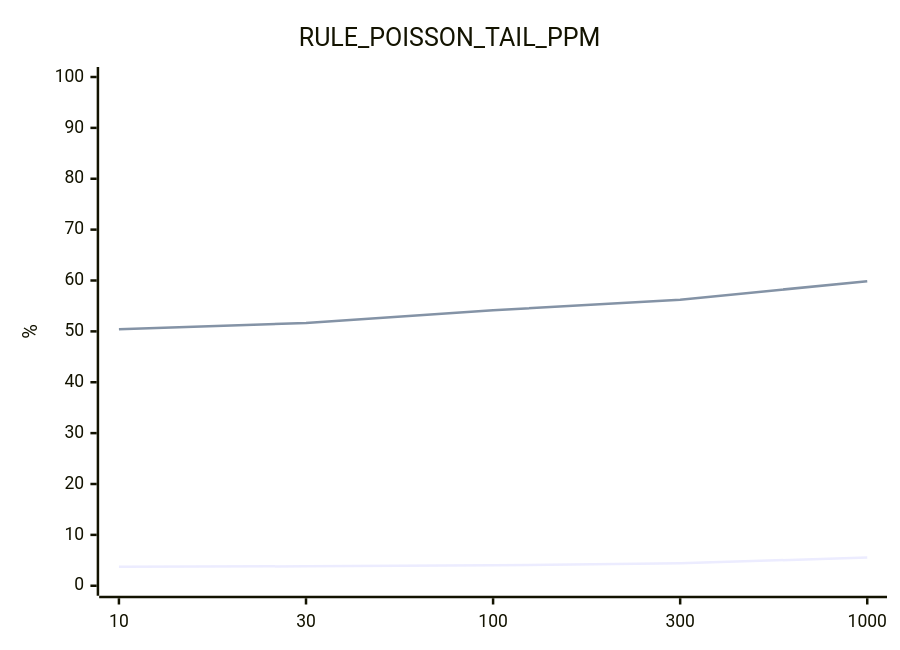
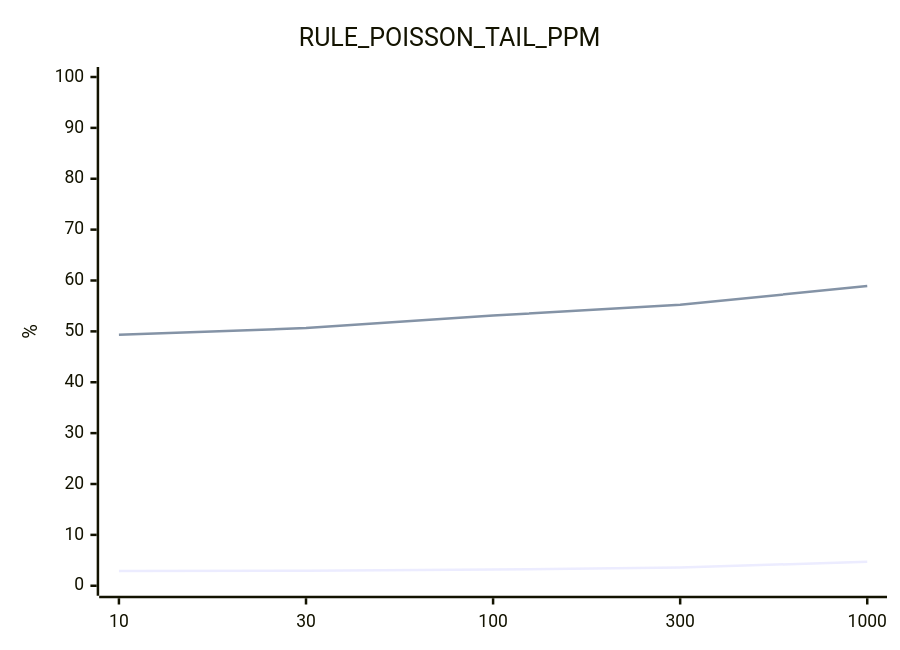
The second of 3 diagrams in docs/05-motor/analises.md (phprestes/Hackathon-Anti-Fraud-Pix), drawn with Mermaid before and after one commit. The commit also changed other lines of this file and 4 other files, not shown here.

````diff
--- a/docs/05-motor/analises.md
+++ b/docs/05-motor/analises.md
@@ -146,8 +123,8 @@
 ```mermaid
 xychart-beta
     title "RULE_POISSON_TAIL_PPM"
     x-axis ["10", "30", "100", "300", "1000"]
     y-axis "%" 0 --> 100
-    line [3.75, 3.82, 4.02, 4.42, 5.55]
-    line [50.43, 51.67, 54.13, 56.23, 59.86]
+    line [2.91, 2.97, 3.18, 3.58, 4.72]
+    line [49.35, 50.65, 53.12, 55.22, 58.91]
 ```
````
